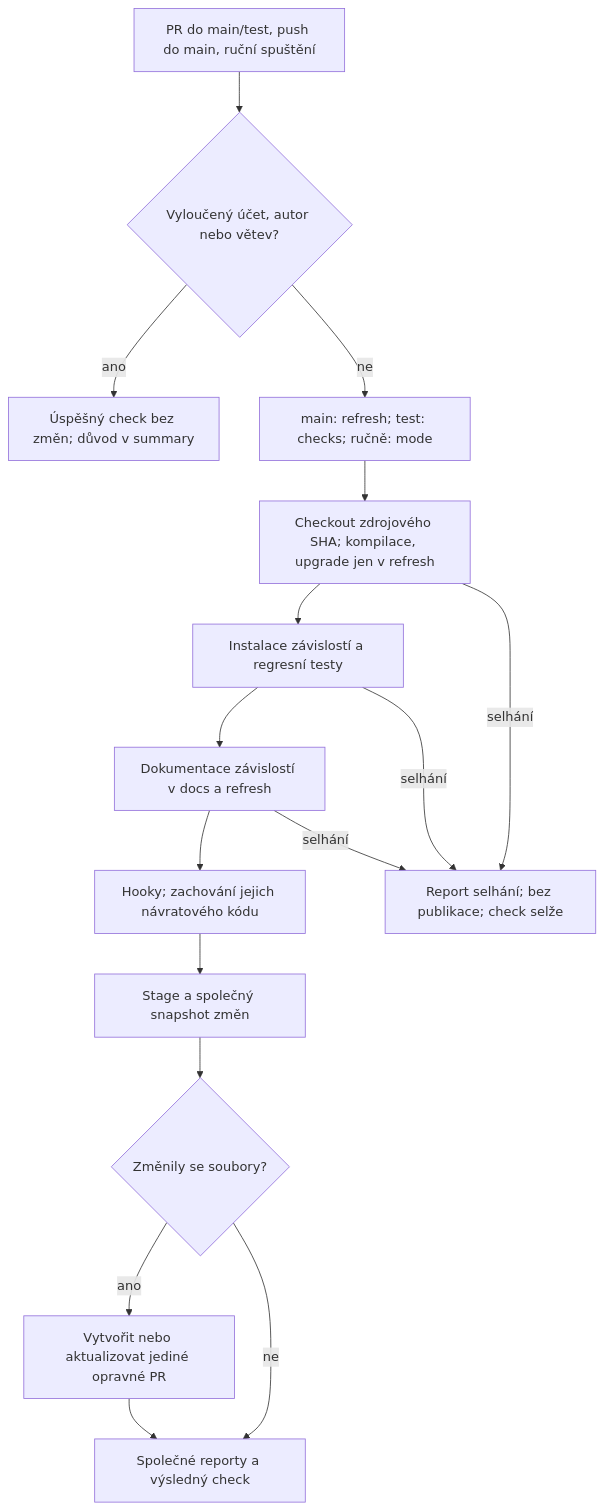
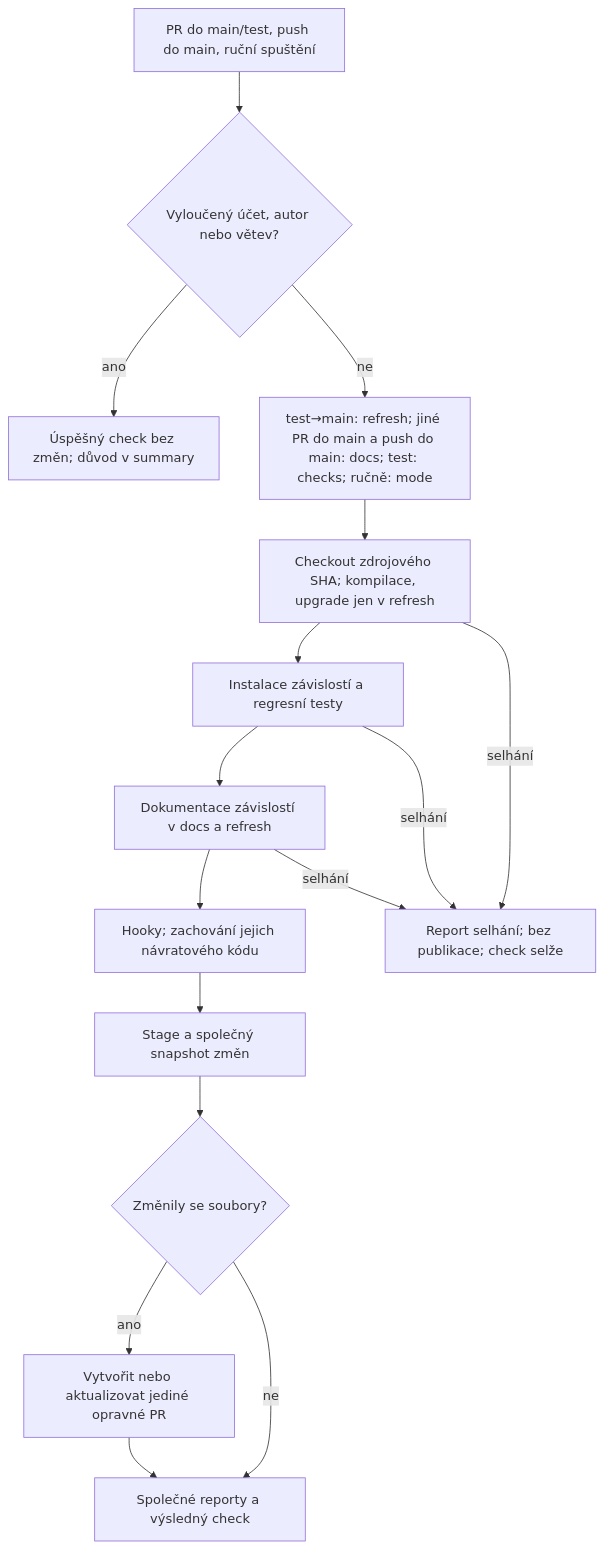
The diagram in docs/source/03_vyvoj/kodovaci_standardy.rst (ARUP-CAS/aiscr-webamcr), drawn with Mermaid before and after one commit. The commit also changed other lines of this file and 9 other files, not shown here.

```diff
--- a/docs/source/03_vyvoj/kodovaci_standardy.rst
+++ b/docs/source/03_vyvoj/kodovaci_standardy.rst
@@ -127,19 +133,19 @@
 .. mermaid::
    :align: center
 
    flowchart TD
        T["PR do main/test, push do main, ruční spuštění"] --> G{"Vyloučený účet, autor nebo větev?"}
        G -- "ano" --> N["Úspěšný check bez změn; důvod v summary"]
-       G -- "ne" --> M["main: refresh; test: checks; ručně: mode"]
+       G -- "ne" --> M["test→main: refresh; jiné PR do main a push do main: docs; test: checks; ručně: mode"]
        M --> C["Checkout zdrojového SHA; kompilace, upgrade jen v refresh"]
        C --> I["Instalace závislostí a regresní testy"]
        I --> D["Dokumentace závislostí v docs a refresh"]
        D --> H["Hooky; zachování jejich návratového kódu"]
        H --> S["Stage a společný snapshot změn"]
        S --> F{"Změnily se soubory?"}
        F -- "ano" --> P["Vytvořit nebo aktualizovat jediné opravné PR"]
        F -- "ne" --> R["Společné reporty a výsledný check"]
        P --> R
        C -- "selhání" --> E["Report selhání; bez publikace; check selže"]
        I -- "selhání" --> E
        D -- "selhání" --> E
```
